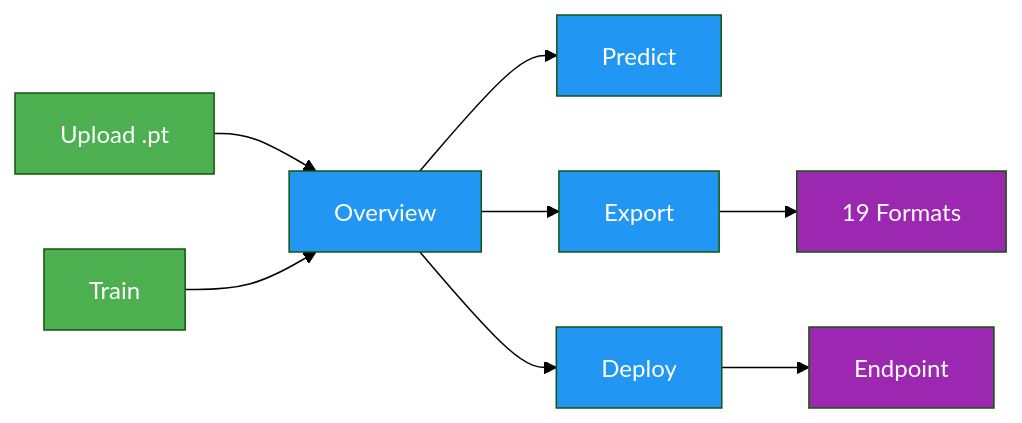
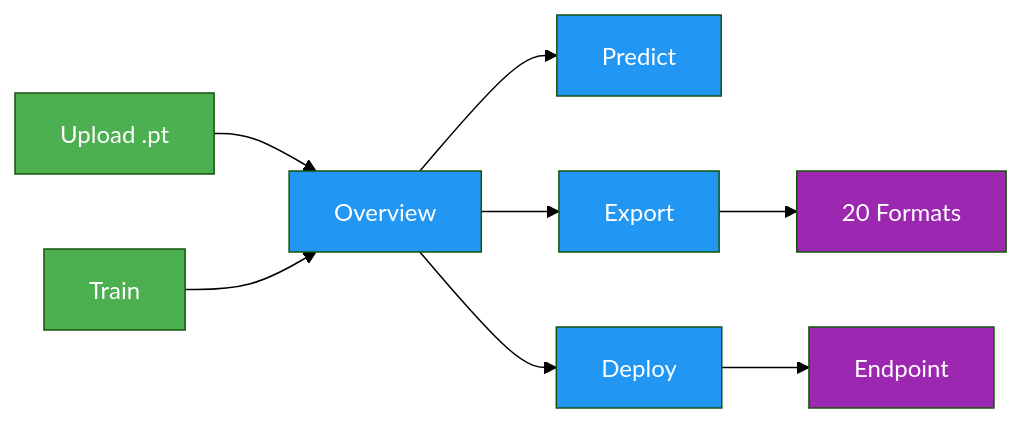
The first of 2 diagrams in docs/en/platform/train/models.md (ultralytics/ultralytics), drawn with Mermaid (forest theme) before and after one commit. The commit also changed other lines of this file and 6 other files, not shown here.

````diff
--- a/docs/en/platform/train/models.md
+++ b/docs/en/platform/train/models.md
@@ -55,14 +55,14 @@
 ```mermaid
 graph LR
     A[Upload .pt]:::start --> B[Overview]:::proc
     C[Train]:::start --> B
     B --> D[Predict]:::proc
     B --> E[Export]:::proc
     B --> F[Deploy]:::proc
-    E --> G[19 Formats]:::out
+    E --> G[20 Formats]:::out
     F --> H[Endpoint]:::out
 
     classDef start fill:#4CAF50,color:#fff
     classDef proc fill:#2196F3,color:#fff
     classDef out fill:#9C27B0,color:#fff
 ```
````
